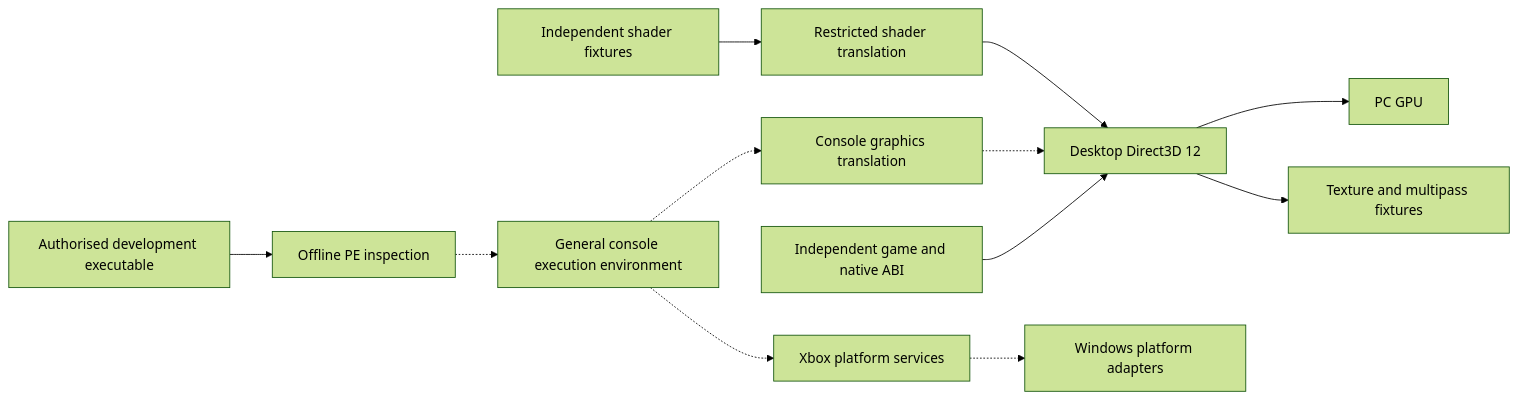
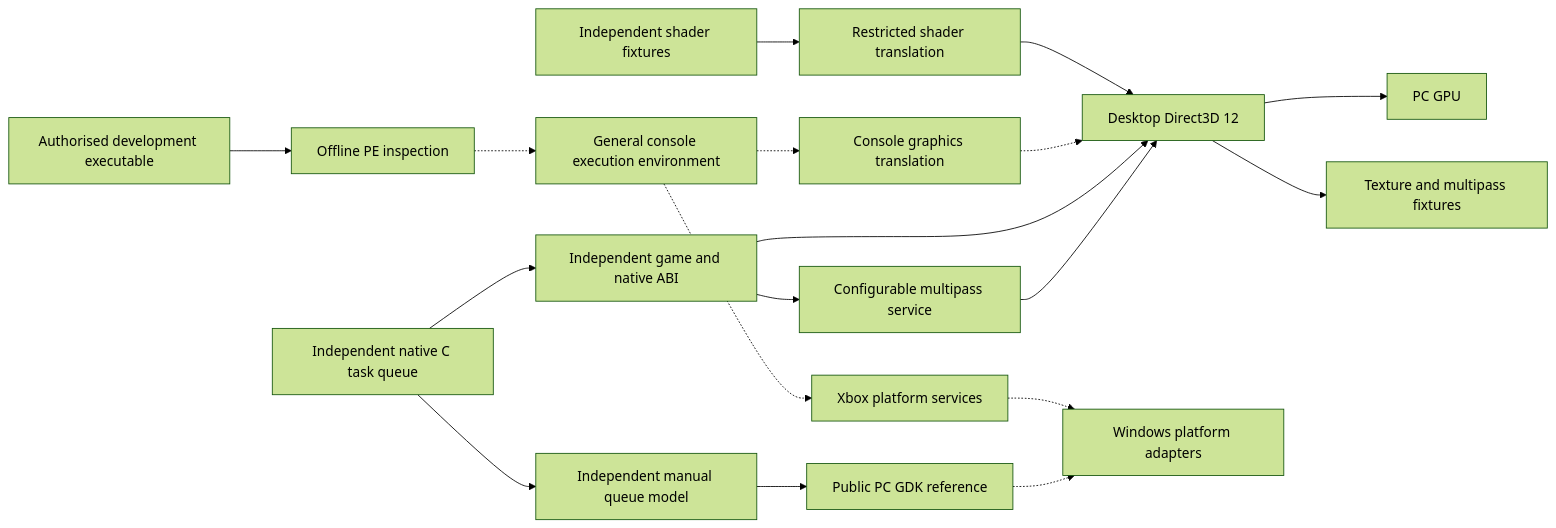
The second of 2 diagrams in README.md (RickyDivjakovski/Revenge), drawn with Mermaid (forest theme) before and after one commit. The commit also changed other lines of this file and 41 other files, not shown here.

````diff
--- a/README.md
+++ b/README.md
@@ -95,14 +106,20 @@
 ```mermaid
 flowchart LR
     A[Authorised development executable] --> B[Offline PE inspection]
     B -.-> C[General console execution environment]
     C -.-> D[Xbox platform services]
     C -.-> E[Console graphics translation]
     F[Independent shader fixtures] --> G[Restricted shader translation]
     G --> H[Desktop Direct3D 12]
     E -.-> H
     M[Independent game and native ABI] --> H
+    M --> P[Configurable multipass service]
+    P --> H
     H --> I[PC GPU]
     H --> T[Texture and multipass fixtures]
     D -.-> W[Windows platform adapters]
+    Q[Public PC GDK reference] -.-> W
+    R[Independent manual queue model] --> Q
+    S[Independent native C task queue] --> M
+    S --> R
 ```
````
